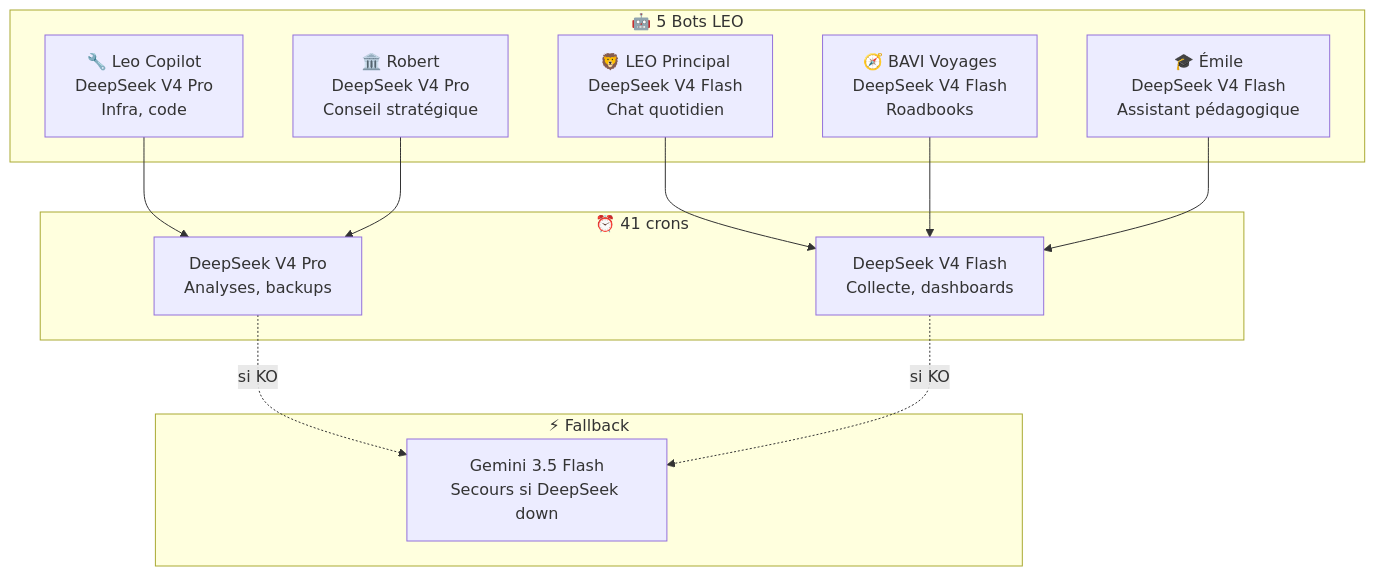
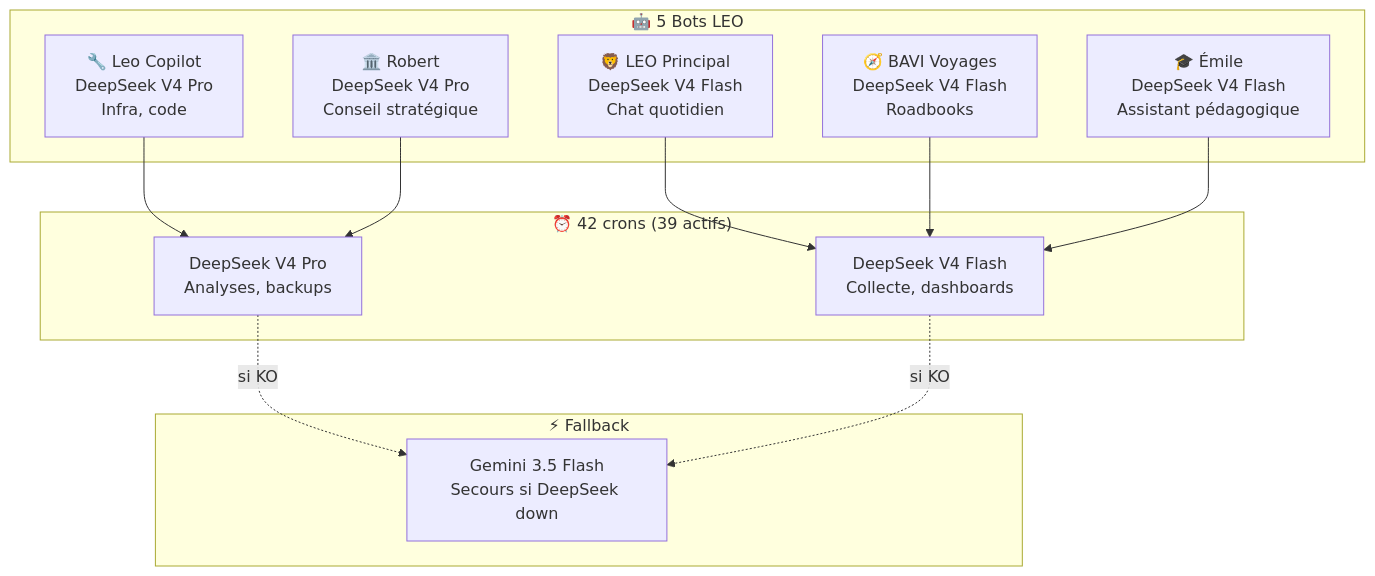
One commit to christophedanhier-hash/hermes-wiki changed the third of 3 diagrams in docs/hermes/decisions/pourquoi-deepseek-pas-gemini.md. Above: the diagram before and after it, drawn with Mermaid. The commit also changed other lines of this file and 60 other files, not shown here.

````diff
--- a/docs/hermes/decisions/pourquoi-deepseek-pas-gemini.md
+++ b/docs/hermes/decisions/pourquoi-deepseek-pas-gemini.md
@@ -132,23 +132,23 @@
 ```mermaid
 flowchart TB
     subgraph BOTS["🤖 5 Bots LEO"]
         MAIN["🦁 LEO Principal\nDeepSeek V4 Flash\nChat quotidien"]
         COPILOT["🔧 Leo Copilot\nDeepSeek V4 Pro\nInfra, code"]
         BAVI["🧭 BAVI Voyages\nDeepSeek V4 Flash\nRoadbooks"]
         EMILE["🎓 Émile\nDeepSeek V4 Flash\nAssistant pédagogique"]
         ROBERT["🏛️ Robert\nDeepSeek V4 Pro\nConseil stratégique"]
     end
 
     subgraph BACKUP["⚡ Fallback"]
         GEMINI["Gemini 3.5 Flash\nSecours si DeepSeek down"]
     end
 
-    subgraph CRONS["⏰ 41 crons"]
+    subgraph CRONS["⏰ 42 crons (39 actifs)"]
         DS_PRO["DeepSeek V4 Pro\nAnalyses, backups"]
         DS_FLASH["DeepSeek V4 Flash\nCollecte, dashboards"]
     end
 
     MAIN & BAVI & EMILE --> DS_FLASH
     COPILOT & ROBERT --> DS_PRO
     DS_PRO & DS_FLASH -.->|si KO| GEMINI
 ```
````
